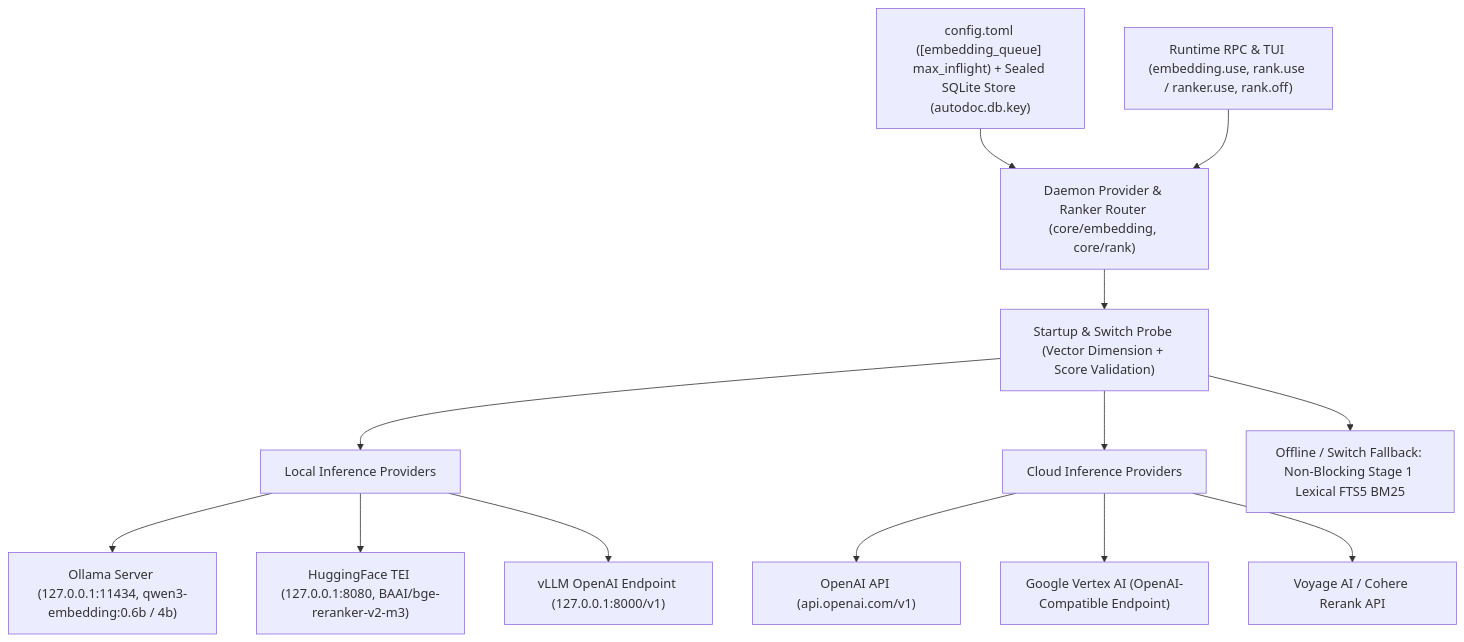
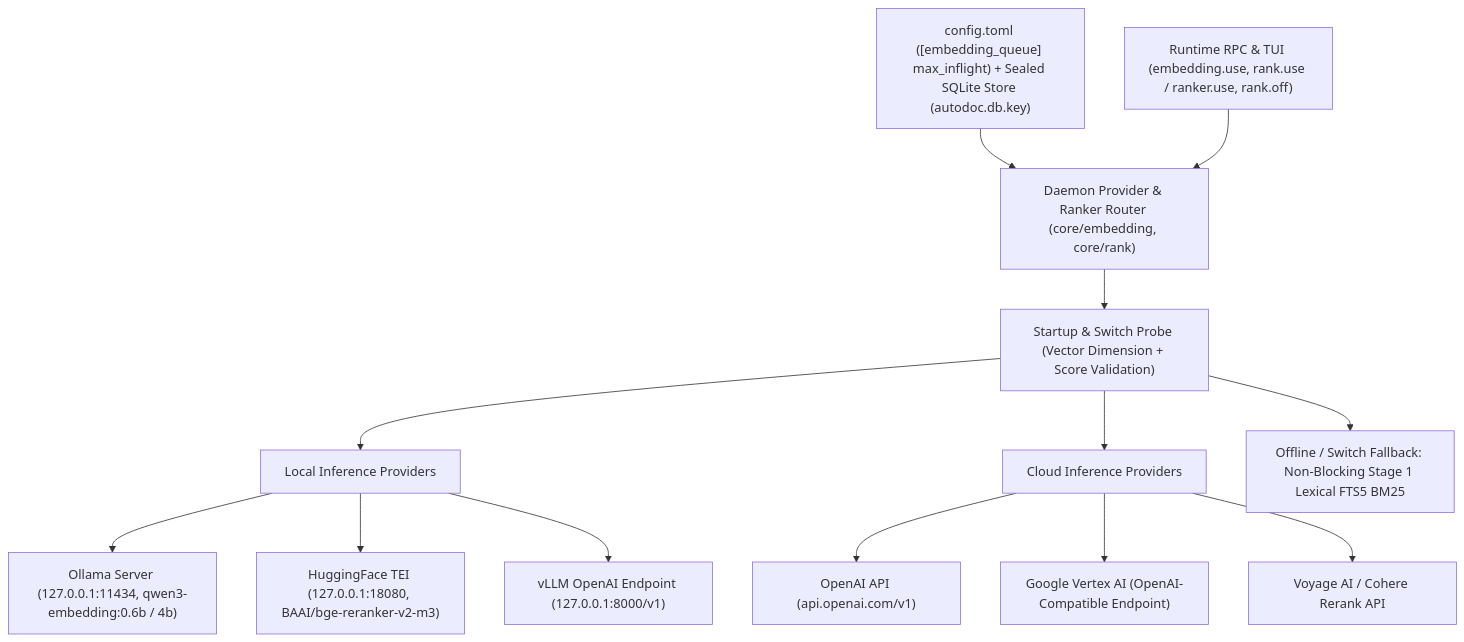
Before and after one commit to yongjohnlee80/autodoc: the diagram in docs/reference/06-configuring-embeddings-and-rerankers/provider-routing-architecture.mmd, drawn with Mermaid. The commit also changed 2 other files, not shown here.

Commit message:
docs: chapter 6 starts TEI with tei-rerank.sh on 18080; its image tag follows the GPU; a ranker is checked through AutoDoc
The bare TEI tag is the Ampere 8.0 build, so the old docker run stopped on any other GPU; the
chapter now leads with the shipped script, maps compute capability to tag, says how to check that
a tag exists (its manifest, not the paged tag list), and moves every TEI URL to the script's port.
A ranker is checked through search.query's rank block and ranker.log: AutoDoc batches the window
by /info's max_client_batch_size, so a raw 422 for more than 32 texts says nothing about it.

```diff
--- a/docs/reference/06-configuring-embeddings-and-rerankers/provider-routing-architecture.mmd
+++ b/docs/reference/06-configuring-embeddings-and-rerankers/provider-routing-architecture.mmd
@@ -1,13 +1,13 @@
 flowchart TD
     CFG["config.toml ([embedding_queue] max_inflight) + Sealed SQLite Store (autodoc.db.key)"] --> DISP["Daemon Provider & Ranker Router (core/embedding, core/rank)"]
     RPC["Runtime RPC & TUI (embedding.use, rank.use / ranker.use, rank.off)"] --> DISP
     DISP --> PROBE["Startup & Switch Probe (Vector Dimension + Score Validation)"]
     PROBE --> LOCAL["Local Inference Providers"]
     PROBE --> CLOUD["Cloud Inference Providers"]
     LOCAL --> OLLAMA["Ollama Server (127.0.0.1:11434, qwen3-embedding:0.6b / 4b)"]
-    LOCAL --> TEI["HuggingFace TEI (127.0.0.1:8080, BAAI/bge-reranker-v2-m3)"]
+    LOCAL --> TEI["HuggingFace TEI (127.0.0.1:18080, BAAI/bge-reranker-v2-m3)"]
     LOCAL --> VLLM["vLLM OpenAI Endpoint (127.0.0.1:8000/v1)"]
     CLOUD --> OPENAI["OpenAI API (api.openai.com/v1)"]
     CLOUD --> VERTEX["Google Vertex AI (OpenAI-Compatible Endpoint)"]
     CLOUD --> VOYAGE["Voyage AI / Cohere Rerank API"]
     PROBE --> FALLBACK["Offline / Switch Fallback: Non-Blocking Stage 1 Lexical FTS5 BM25"]
```
